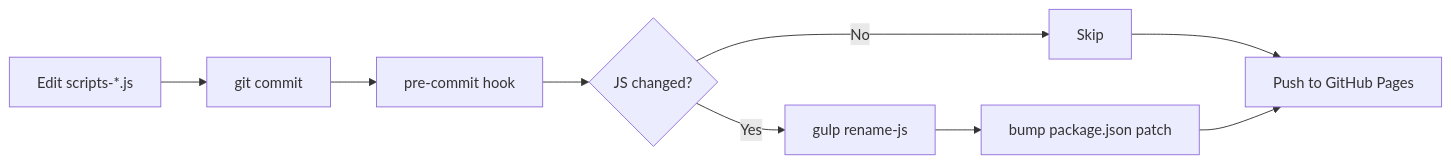
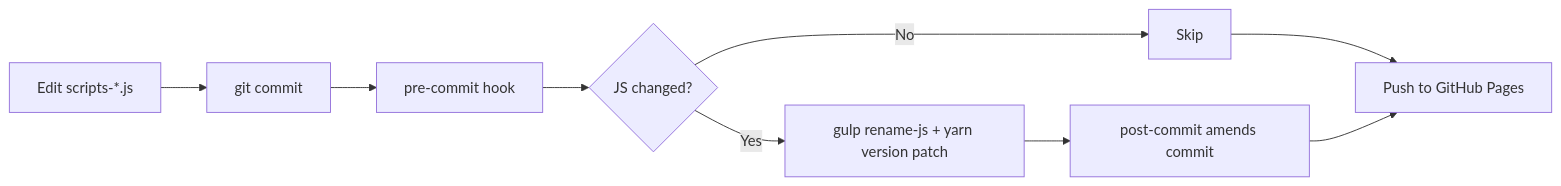
Before and after one commit to traleemasjidkicc/traleemasjidkicc.github.io: the third of 3 diagrams in README.md, drawn with Mermaid. The commit also changed other lines of this file and 6 other files, not shown here.

````diff
--- a/README.md
+++ b/README.md
@@ -115,11 +132,11 @@
 ```mermaid
 flowchart LR
     A[Edit scripts-*.js] --> B[git commit]
     B --> C[pre-commit hook]
     C --> D{JS changed?}
-    D -->|Yes| E[gulp rename-js]
+    D -->|Yes| E[gulp rename-js + yarn version patch]
     D -->|No| F[Skip]
-    E --> G[bump package.json patch]
+    E --> G[post-commit amends commit]
     F --> H[Push to GitHub Pages]
     G --> H
 ```
````
